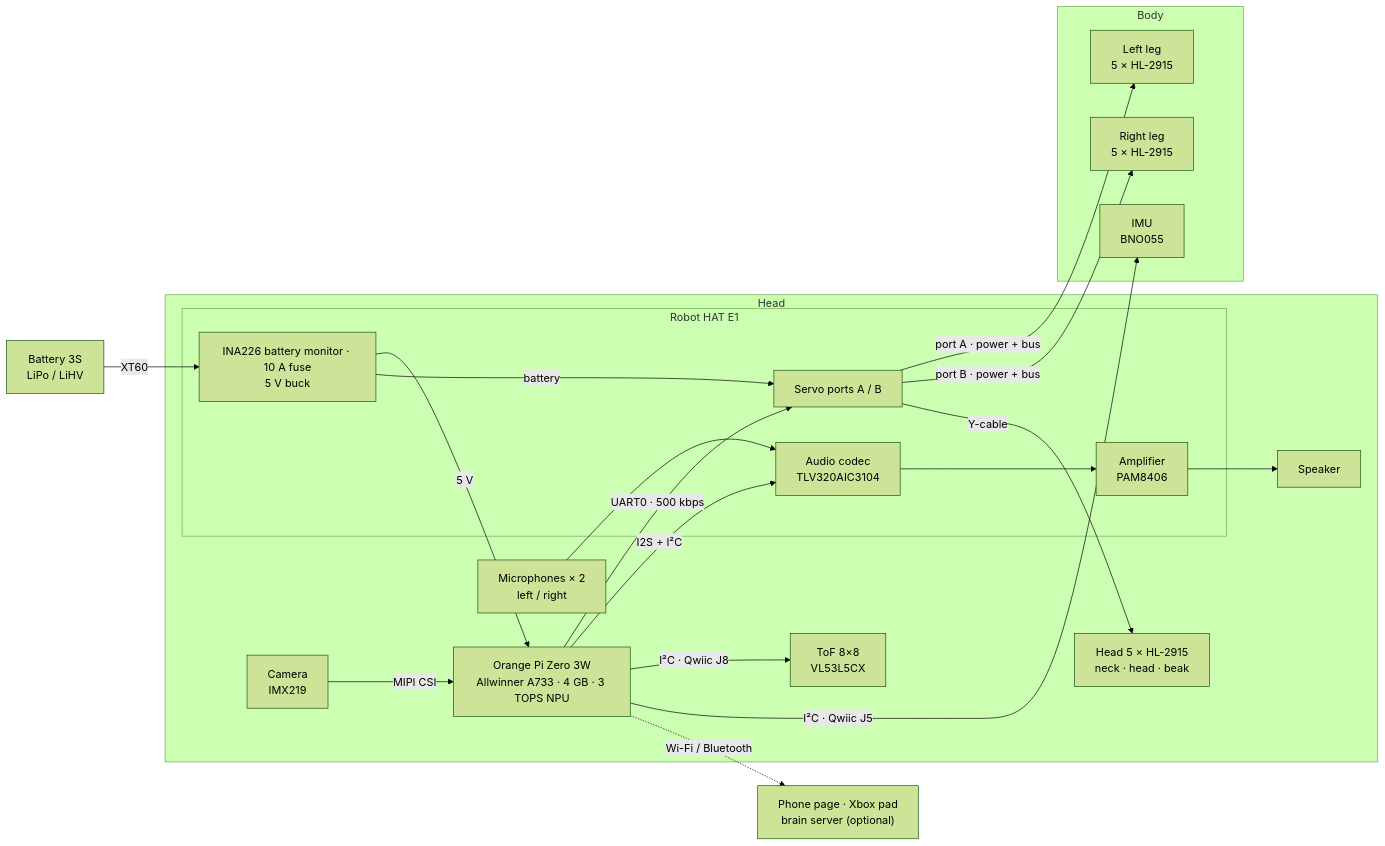
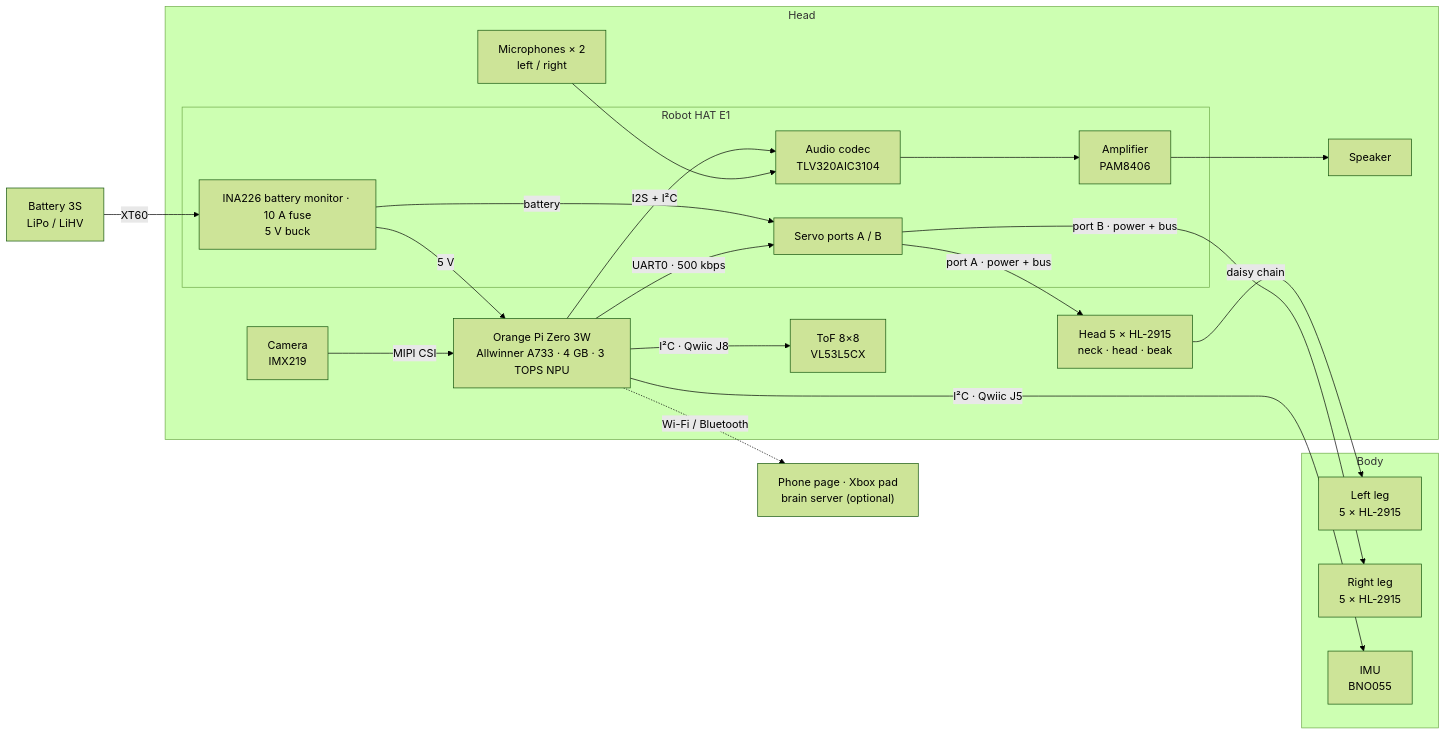
One commit to canadoce/DuckBuddy changed the second of 2 diagrams in README.md. Above: the diagram before and after it, drawn with Mermaid (forest theme). The commit also changed other lines of this file and 1 other file, not shown here.

Commit message:
docs: servo wiring as two daisy chains (port A: head then one leg, port B: the other leg), no Y-cable

````diff
--- a/README.md
+++ b/README.md
@@ -113,36 +113,36 @@
 ```mermaid
 flowchart LR
   BAT["Battery 3S<br/>LiPo / LiHV"] -- "XT60" --> PWR
   subgraph HEAD["Head"]
     subgraph HAT["Robot HAT E1"]
       PWR["INA226 battery monitor · 10 A fuse<br/>5 V buck"]
       PORTS["Servo ports A / B"]
       CODEC["Audio codec<br/>TLV320AIC3104"]
       AMP["Amplifier<br/>PAM8406"]
     end
     OPI["Orange Pi Zero 3W<br/>Allwinner A733 · 4 GB · 3 TOPS NPU"]
     HSERVO["Head 5 × HL-2915<br/>neck · head · beak"]
     MIC["Microphones × 2<br/>left / right"]
     SPK["Speaker"]
     TOF["ToF 8×8<br/>VL53L5CX"]
     CAM["Camera<br/>IMX219"]
   end
   subgraph BODY["Body"]
     LLEG["Left leg<br/>5 × HL-2915"]
     RLEG["Right leg<br/>5 × HL-2915"]
     IMU["IMU<br/>BNO055"]
   end
   PWR -- "5 V" --> OPI
   PWR -- "battery" --> PORTS
   OPI -- "UART0 · 500 kbps" --> PORTS
-  PORTS -- "port A · power + bus" --> LLEG
+  PORTS -- "port A · power + bus" --> HSERVO
+  HSERVO -- "daisy chain" --> LLEG
   PORTS -- "port B · power + bus" --> RLEG
-  PORTS -- "Y-cable" --> HSERVO
   OPI -- "I2S + I²C" --> CODEC
   OPI -- "I²C · Qwiic J8" --> TOF
   OPI -- "I²C · Qwiic J5" --> IMU
   CAM -- "MIPI CSI" --> OPI
   MIC --> CODEC
   CODEC --> AMP --> SPK
   OPI -. "Wi-Fi / Bluetooth" .-> EXT["Phone page · Xbox pad<br/>brain server (optional)"]
 ```
````
